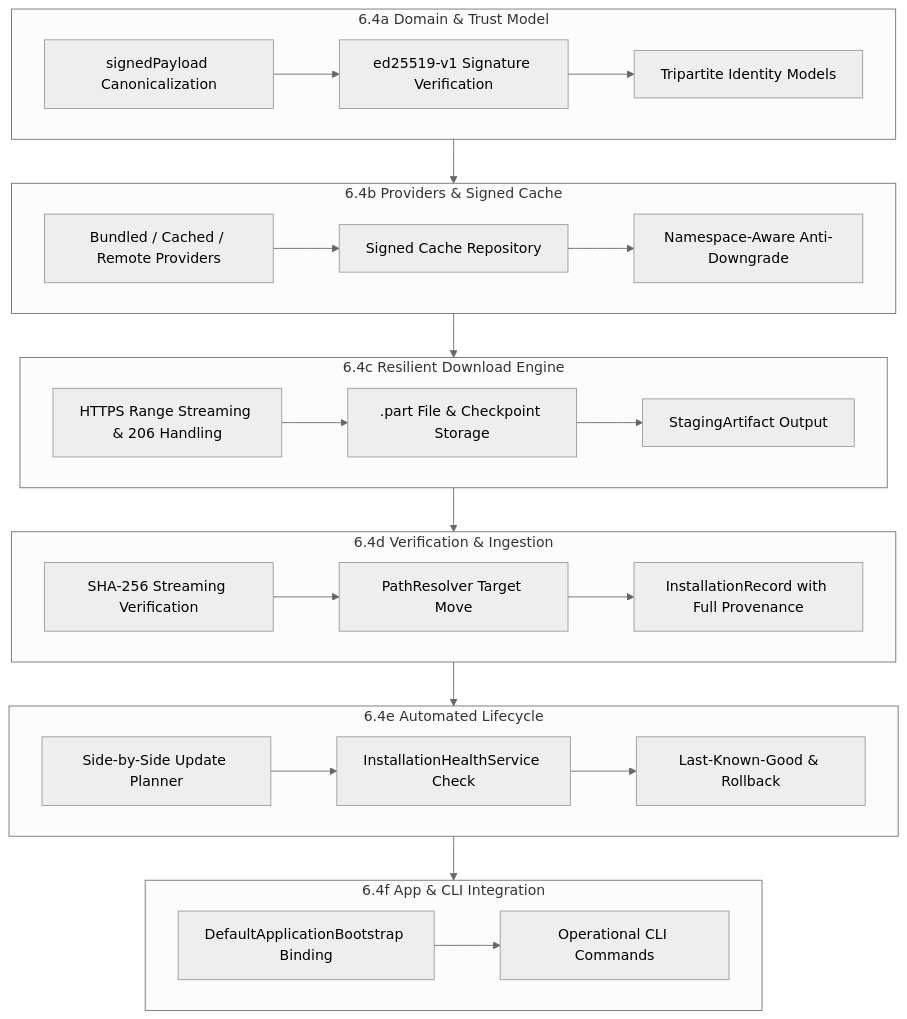
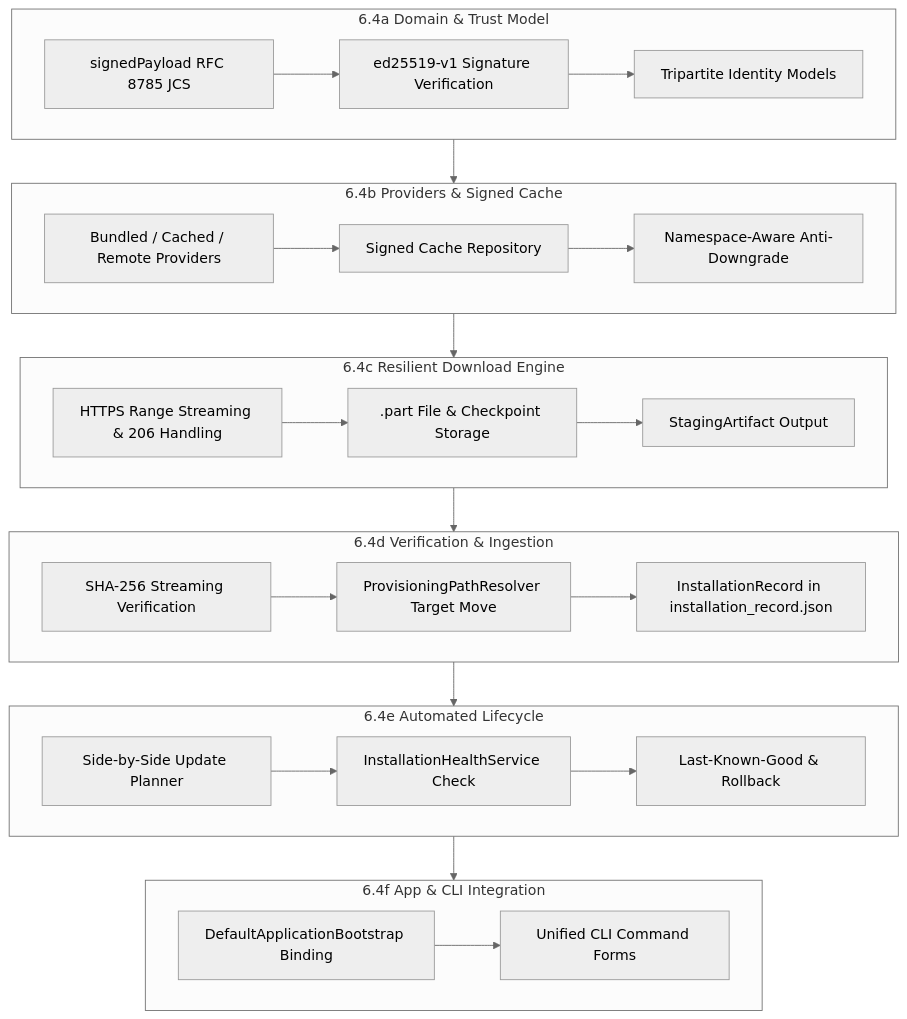
Before and after one commit to naturewhisp/aura: the diagram in docs/phase6/PHASE_6_4_ACQUISITION_AND_LIFECYCLE_SPEC.md, drawn with Mermaid (neutral theme). The commit also changed other lines of this file and 2 other files, not shown here.

Commit message:
docs: finalize Phase 6.4 specification (RFC 8785 JCS, protected header, 6.3 baseline contracts)

````diff
--- a/docs/phase6/PHASE_6_4_ACQUISITION_AND_LIFECYCLE_SPEC.md
+++ b/docs/phase6/PHASE_6_4_ACQUISITION_AND_LIFECYCLE_SPEC.md
@@ -80,32 +80,32 @@
 ```mermaid
 graph TD
     subgraph 6.4a [6.4a Domain & Trust Model]
-        A1[signedPayload Canonicalization] --> A2[ed25519-v1 Signature Verification]
+        A1[signedPayload RFC 8785 JCS] --> A2[ed25519-v1 Signature Verification]
         A2 --> A3[Tripartite Identity Models]
     end
     subgraph 6.4b [6.4b Providers & Signed Cache]
         B1[Bundled / Cached / Remote Providers] --> B2[Signed Cache Repository]
         B2 --> B3[Namespace-Aware Anti-Downgrade]
     end
     subgraph 6.4c [6.4c Resilient Download Engine]
         C1[HTTPS Range Streaming & 206 Handling] --> C2[.part File & Checkpoint Storage]
         C2 --> C3[StagingArtifact Output]
     end
     subgraph 6.4d [6.4d Verification & Ingestion]
-        D1[SHA-256 Streaming Verification] --> D2[PathResolver Target Move]
-        D2 --> D3[InstallationRecord with Full Provenance]
+        D1[SHA-256 Streaming Verification] --> D2[ProvisioningPathResolver Target Move]
+        D2 --> D3[InstallationRecord in installation_record.json]
     end
     subgraph 6.4e [6.4e Automated Lifecycle]
         E1[Side-by-Side Update Planner] --> E2[InstallationHealthService Check]
         E2 --> E3[Last-Known-Good & Rollback]
     end
     subgraph 6.4f [6.4f App & CLI Integration]
-        F1[DefaultApplicationBootstrap Binding] --> F2[Operational CLI Commands]
+        F1[DefaultApplicationBootstrap Binding] --> F2[Unified CLI Command Forms]
     end
 
     6.4a --> 6.4b
     6.4b --> 6.4c
     6.4c --> 6.4d
     6.4d --> 6.4e
     6.4e --> 6.4f
 ```
````
